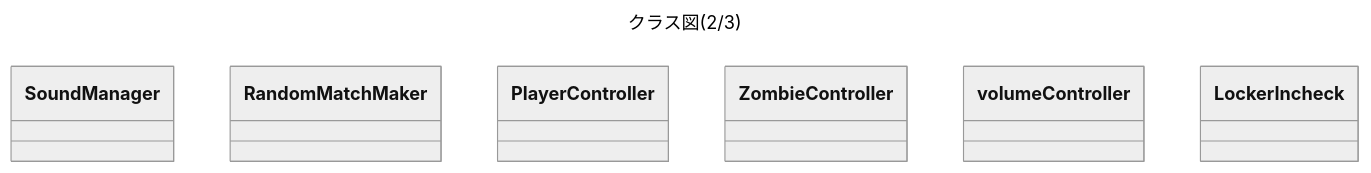
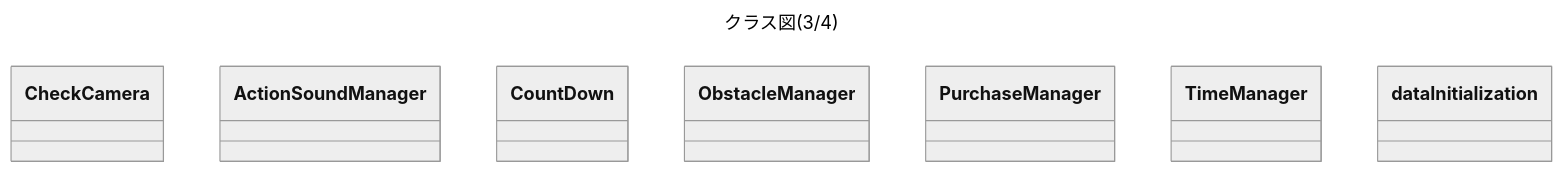
The third of 4 diagrams in README.md (ICHINOMIYA1038/WashTown), drawn with Mermaid (neutral theme) before and after one commit. The commit also changed other lines of this file, not shown here.

````diff
--- a/README.md
+++ b/README.md
@@ -112,12 +139,13 @@
 ```mermaid
 ---
-title: クラス図(2/3)
+title: クラス図(3/4)
 ---
     classDiagram
-    class SoundManager
-    class RandomMatchMaker
-    class PlayerController
-    class ZombieController
-    class volumeController
-    class LockerIncheck
+    class CheckCamera
+    class ActionSoundManager
+    class CountDown
+    class ObstacleManager
+    class PurchaseManager
+    class TimeManager
+    class dataInitialization
 ```
````
